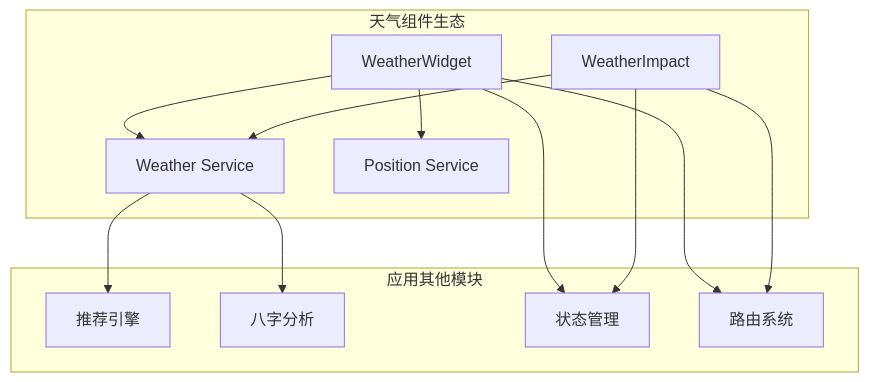
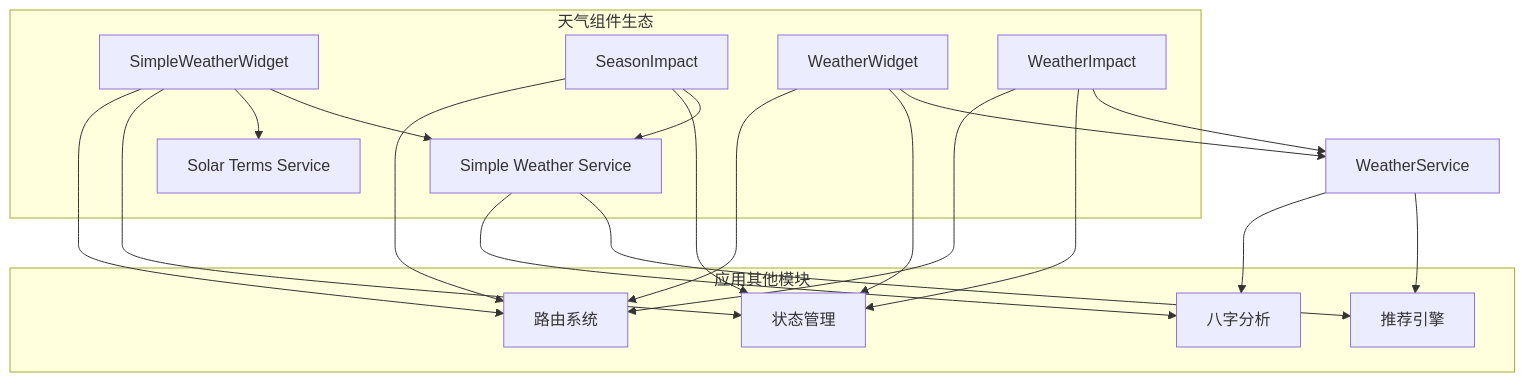
One commit to jeankeim/wuxing-fashion changed the seventh of 7 diagrams in .qoder/repowiki/zh/content/用户界面组件/天气组件.md. Above: the diagram before and after it, drawn with Mermaid. The commit also changed other lines of this file and 27 other files, not shown here.

````diff
--- a/.qoder/repowiki/zh/content/用户界面组件/天气组件.md
+++ b/.qoder/repowiki/zh/content/用户界面组件/天气组件.md
@@ -486,24 +523,34 @@
 ```mermaid
 graph TB
 subgraph "天气组件生态"
+SimpleWeatherWidget["SimpleWeatherWidget"]
+SeasonImpact["SeasonImpact"]
 WeatherWidget["WeatherWidget"]
 WeatherImpact["WeatherImpact"]
-WeatherService["Weather Service"]
-PositionService["Position Service"]
+SimpleWeatherService["Simple Weather Service"]
+SolarTermsService["Solar Terms Service"]
 end
 subgraph "应用其他模块"
 Engine["推荐引擎"]
 Bazi["八字分析"]
 Store["状态管理"]
 Router["路由系统"]
 end
+SimpleWeatherWidget --> SimpleWeatherService
+SimpleWeatherWidget --> SolarTermsService
+SeasonImpact --> SimpleWeatherService
 WeatherWidget --> WeatherService
-WeatherWidget --> PositionService
 WeatherImpact --> WeatherService
+SimpleWeatherService --> Engine
+SimpleWeatherService --> Bazi
 WeatherService --> Engine
 WeatherService --> Bazi
+SimpleWeatherWidget --> Store
+SeasonImpact --> Store
 WeatherWidget --> Store
 WeatherImpact --> Store
+SimpleWeatherWidget --> Router
+SeasonImpact --> Router
 WeatherWidget --> Router
 WeatherImpact --> Router
 ```
````
